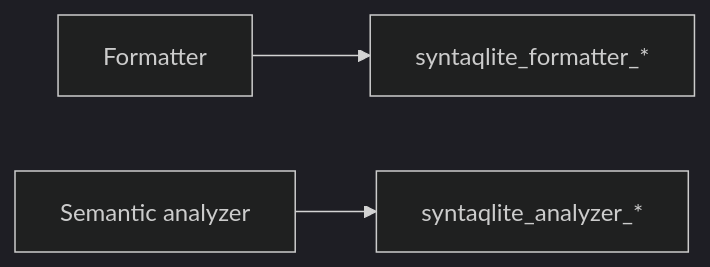
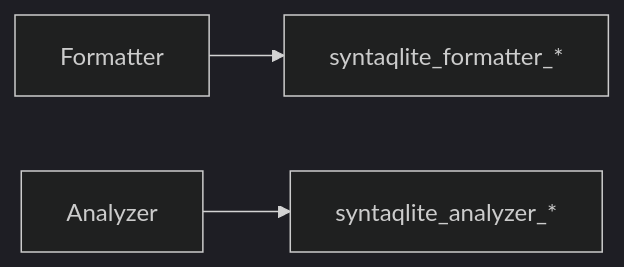
One commit to LalitMaganti/syntaqlite changed the fifth of 6 diagrams in web/docs/content/contributing/architecture.md. Above: the diagram before and after it, drawn with Mermaid (dark theme). The commit also changed other lines of this file and 41 other files, not shown here.

```diff
--- a/web/docs/content/contributing/architecture.md
+++ b/web/docs/content/contributing/architecture.md
@@ -68,5 +68,5 @@
 <div class="mermaid">
 graph LR
     Fmt["Formatter"] --> FmtFFI["syntaqlite_formatter_*"]
-    Sem["Semantic analyzer"] --> ValFFI["syntaqlite_analyzer_*"]
+    Sem["Analyzer"] --> ValFFI["syntaqlite_analyzer_*"]
 </div>
```
